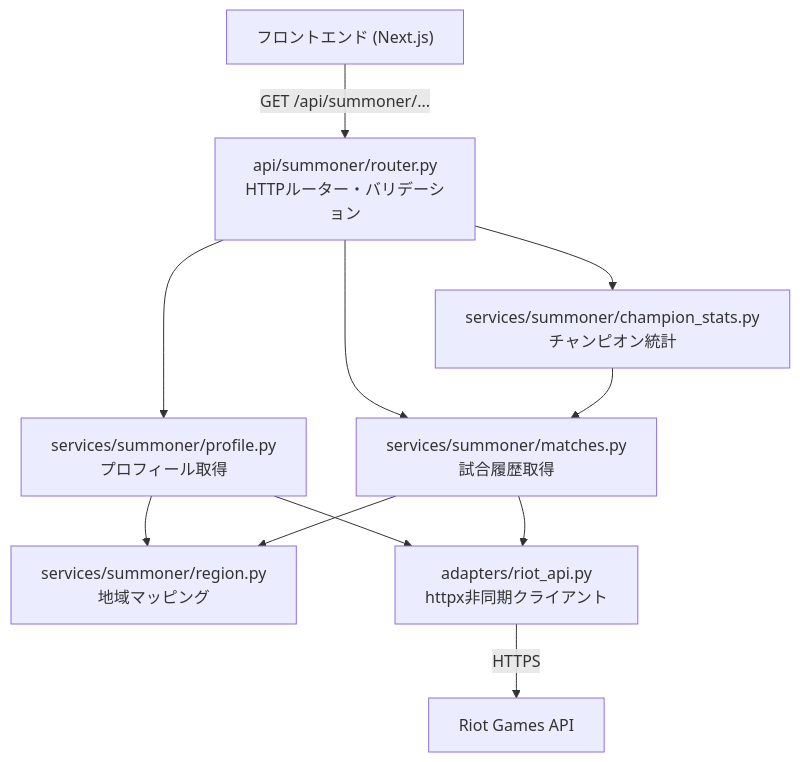
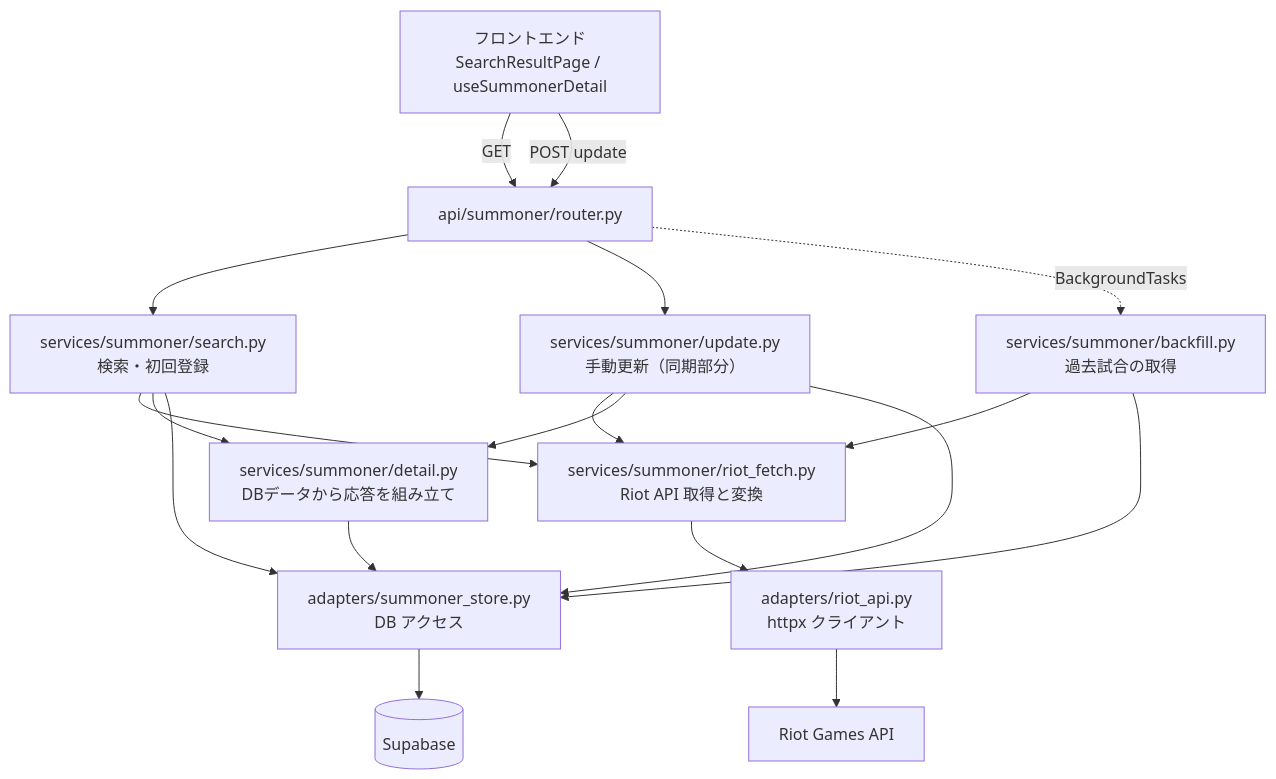
One commit to clone701/lollab changed the first of 2 diagrams in .kiro/specs/summoner-search-api/design.md. Above: the diagram before and after it, drawn with Mermaid. The commit also changed other lines of this file and 17 other files, not shown here.

````diff
--- a/.kiro/specs/summoner-search-api/design.md
+++ b/.kiro/specs/summoner-search-api/design.md
@@ -11,22 +15,32 @@
 ```mermaid
-graph TD
-    Client["フロントエンド (Next.js)"]
-    Router["api/summoner/router.py<br/>HTTPルーター・バリデーション"]
-    ProfileSvc["services/summoner/profile.py<br/>プロフィール取得"]
-    MatchSvc["services/summoner/matches.py<br/>試合履歴取得"]
-    ChampSvc["services/summoner/champion_stats.py<br/>チャンピオン統計"]
-    RegionSvc["services/summoner/region.py<br/>地域マッピング"]
-    Adapter["adapters/riot_api.py<br/>httpx非同期クライアント"]
+graph TB
+    FE["フロントエンド<br/>SearchResultPage / useSummonerDetail"]
+    Router["api/summoner/router.py"]
+    Search["services/summoner/search.py<br/>検索・初回登録"]
+    Update["services/summoner/update.py<br/>手動更新（同期部分）"]
+    Backfill["services/summoner/backfill.py<br/>過去試合の取得"]
+    Fetch["services/summoner/riot_fetch.py<br/>Riot API 取得と変換"]
+    Detail["services/summoner/detail.py<br/>DBデータから応答を組み立て"]
+    Store["adapters/summoner_store.py<br/>DB アクセス"]
+    Riot["adapters/riot_api.py<br/>httpx クライアント"]
+    DB[("Supabase")]
     RiotAPI["Riot Games API"]
 
-    Client -->|GET /api/summoner/...| Router
-    Router --> ProfileSvc
-    Router --> MatchSvc
-    Router --> ChampSvc
-    ProfileSvc --> RegionSvc
-    MatchSvc --> RegionSvc
-    ChampSvc --> MatchSvc
-    ProfileSvc --> Adapter
-    MatchSvc --> Adapter
-    Adapter -->|HTTPS| RiotAPI
+    FE -->|GET| Router
+    FE -->|POST update| Router
+    Router --> Search
+    Router --> Update
+    Router -.BackgroundTasks.-> Backfill
+    Search --> Fetch
+    Update --> Fetch
+    Backfill --> Fetch
+    Search --> Detail
+    Update --> Detail
+    Search --> Store
+    Update --> Store
+    Backfill --> Store
+    Detail --> Store
+    Fetch --> Riot
+    Store --> DB
+    Riot --> RiotAPI
 ```
````
